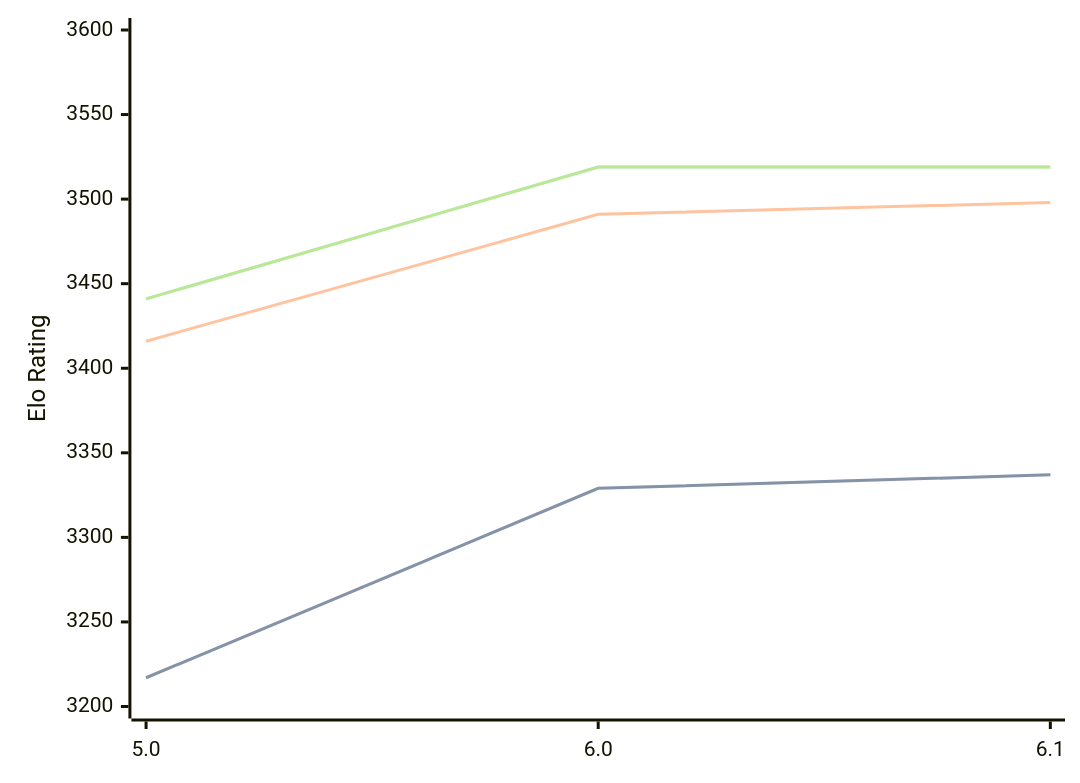
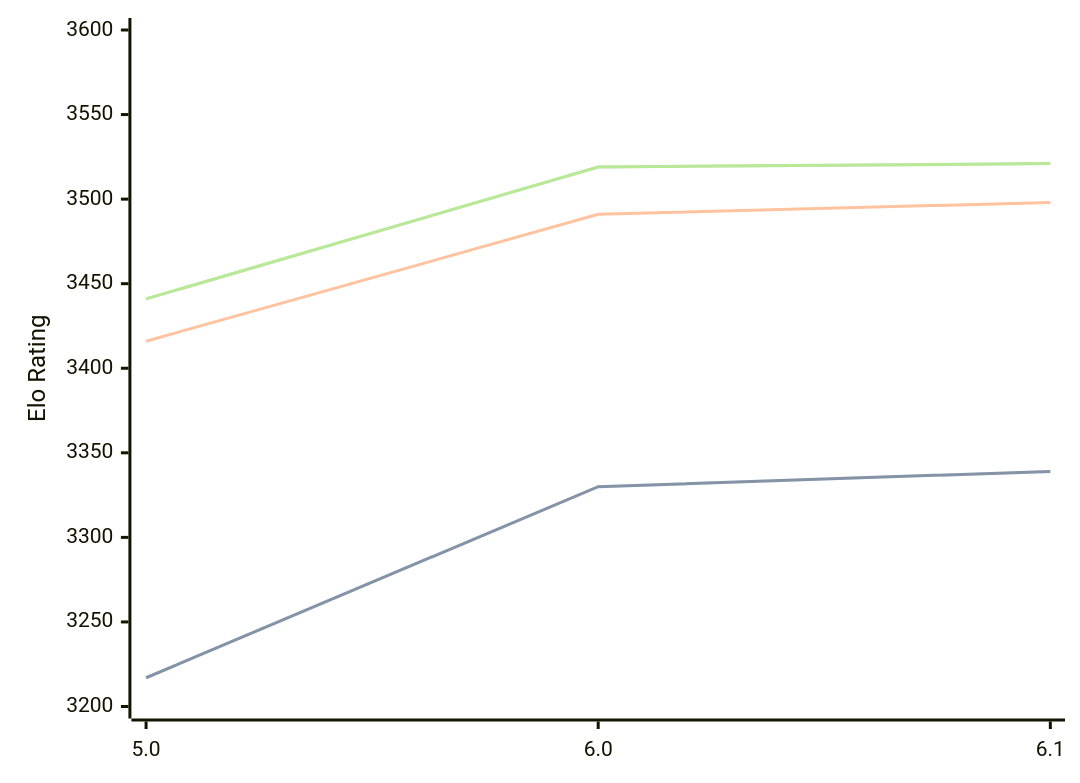
One commit to computer-chess-index/cci changed the diagram in engines/Starzix.md. Above: the diagram before and after it, drawn with Mermaid. The commit also changed other lines of this file, not shown here.

Commit message:
Update CCI Ratings (ELO VLTC) - 2026-09-18

````diff
--- a/engines/Starzix.md
+++ b/engines/Starzix.md
@@ -33,11 +33,11 @@
 ```mermaid
 %%{init: {"theme":"base","themeVariables":{"seriesColors:['#a3a3a3','#222221','#faa371']}}}%%
 xychart-beta
   x-axis ["5.0", "6.0", "6.1"]
   y-axis "Elo Rating" 3200 --> 3600
-  line "" [3217, 3329, 3337]
-  line "STC (8.0+0.08s)" [3217, 3329, 3337]
+  line "" [3217, 3330, 3339]
+  line "STC (8.0+0.08s)" [3217, 3330, 3339]
   line "LTC (60.0+0.60s)" [3416, 3491, 3498]
-  line "" [3441, 3519, 3519]
-  line "VLTC (2m24s+1.12s)" [3441, 3519, 3519]
+  line "" [3441, 3519, 3521]
+  line "VLTC (2m24s+1.12s)" [3441, 3519, 3521]
 ```
````
